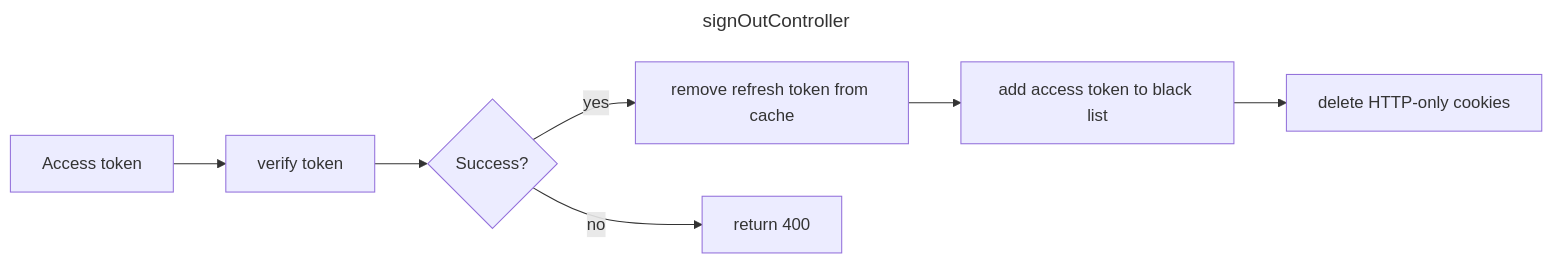
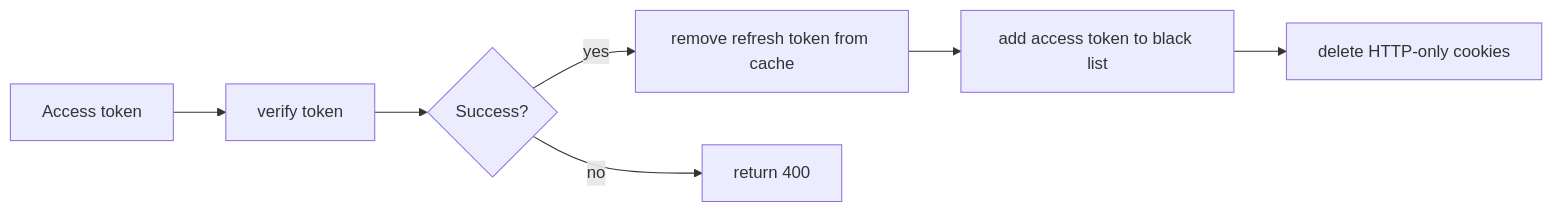
One commit to CDLUC3/dmsp_backend_prototype changed the third of 5 diagrams in README.md. Above: the diagram before and after it, drawn with Mermaid. The commit also changed other lines of this file and 1 other file, not shown here.

````diff
--- a/README.md
+++ b/README.md
@@ -60,13 +90,9 @@
 ```mermaid
----
-title: signOutController
----
-
 flowchart LR;
   a[Access token]-->b[verify token];
   b-->c{Success?};
   c-->|yes| d[remove refresh token from cache]
   c-->|no| e[return 400]
   d-->f[add access token to black list]
   f-->g[delete HTTP-only cookies]
 ```
````
